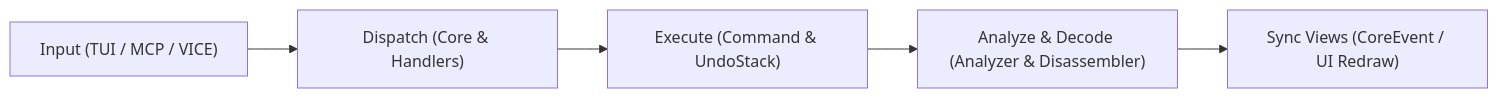
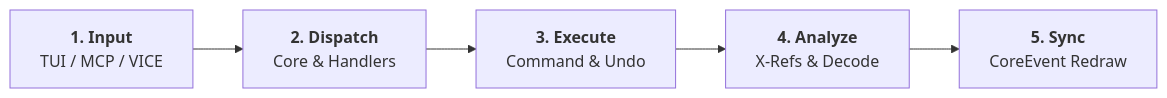
The second of 4 diagrams in docs/architecture.md (ricardoquesada/regenerator2000), drawn with Mermaid before and after one commit. The commit also changed other lines of this file and 28 other files, not shown here.

````diff
--- a/docs/architecture.md
+++ b/docs/architecture.md
@@ -38,7 +48,12 @@
 ```mermaid
 flowchart LR
-    Input["Input (TUI / MCP / VICE)"] --> Dispatch["Dispatch (Core & Handlers)"]
-    Dispatch --> Execute["Execute (Command & UndoStack)"]
-    Execute --> Analyze["Analyze & Decode (Analyzer & Disassembler)"]
-    Analyze --> Sync["Sync Views (CoreEvent / UI Redraw)"]
+    Input["`**1. Input**
+    TUI / MCP / VICE`"] --> Dispatch["`**2. Dispatch**
+    Core & Handlers`"]
+    Dispatch --> Execute["`**3. Execute**
+    Command & Undo`"]
+    Execute --> Analyze["`**4. Analyze**
+    X-Refs & Decode`"]
+    Analyze --> Sync["`**5. Sync**
+    CoreEvent Redraw`"]
 ```
````
